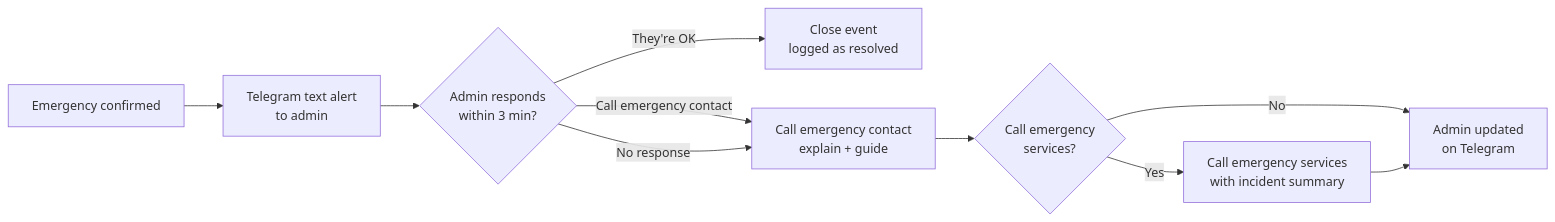
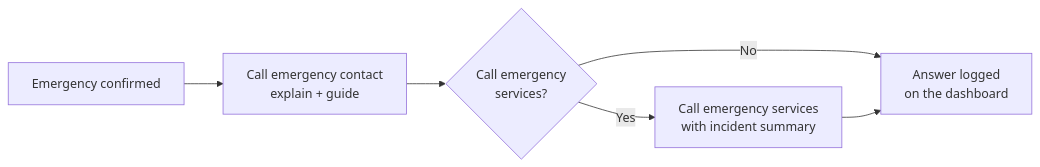
One commit to derek2403/sentry changed the first of 2 diagrams in README.md. Above: the diagram before and after it, drawn with Mermaid. The commit also changed other lines of this file and 2 other files, not shown here.

First line of the commit message:
docs: make escalation call-only and sync pitch outline with README

````diff
--- a/README.md
+++ b/README.md
@@ -61,12 +48,8 @@
 ```mermaid
 flowchart LR
-    A["Emergency confirmed"] --> B["Telegram text alert<br/>to admin"]
-    B --> C{"Admin responds<br/>within 3 min?"}
-    C -->|"They're OK"| D["Close event<br/>logged as resolved"]
-    C -->|"Call emergency contact"| E["Call emergency contact<br/>explain + guide"]
-    C -->|"No response"| E
+    A["Emergency confirmed"] --> E["Call emergency contact<br/>explain + guide"]
     E --> G{"Call emergency<br/>services?"}
     G -->|"Yes"| H["Call emergency services<br/>with incident summary"]
-    G -->|"No"| F["Admin updated<br/>on Telegram"]
+    G -->|"No"| F["Answer logged<br/>on the dashboard"]
     H --> F
 ```
````
